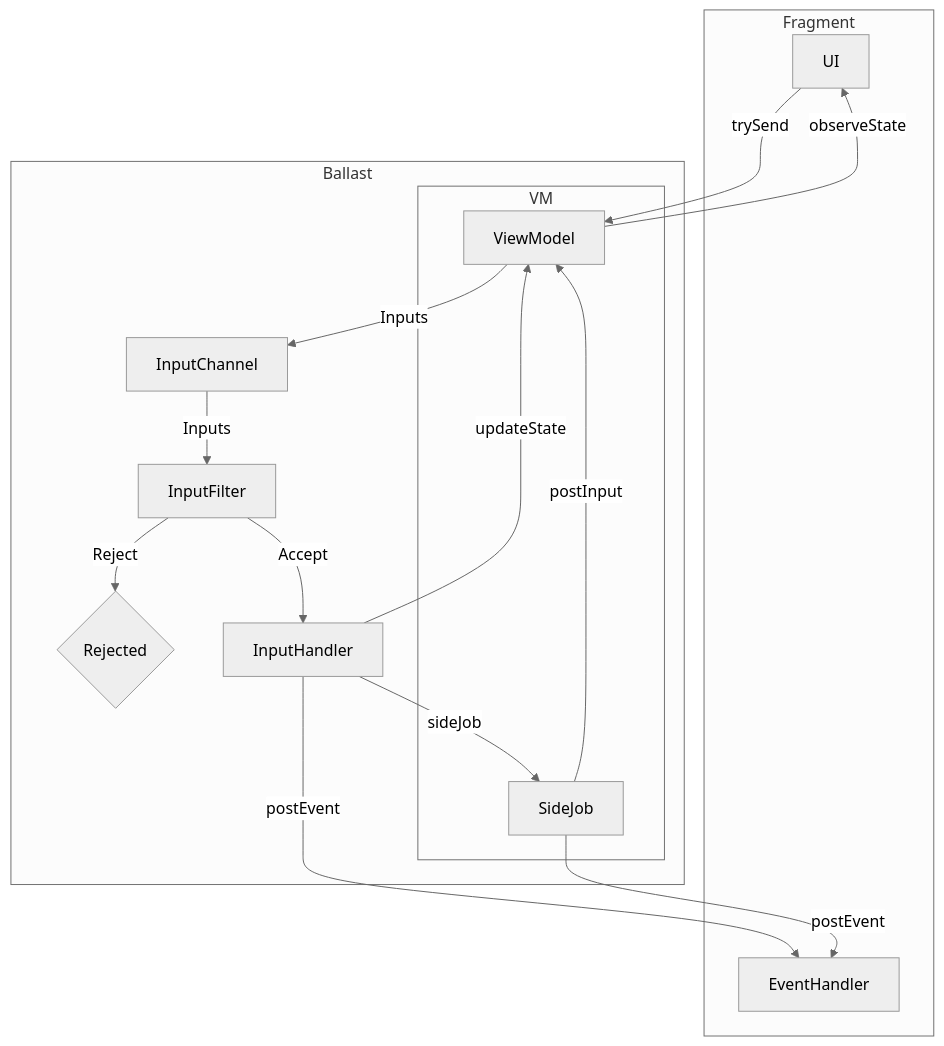
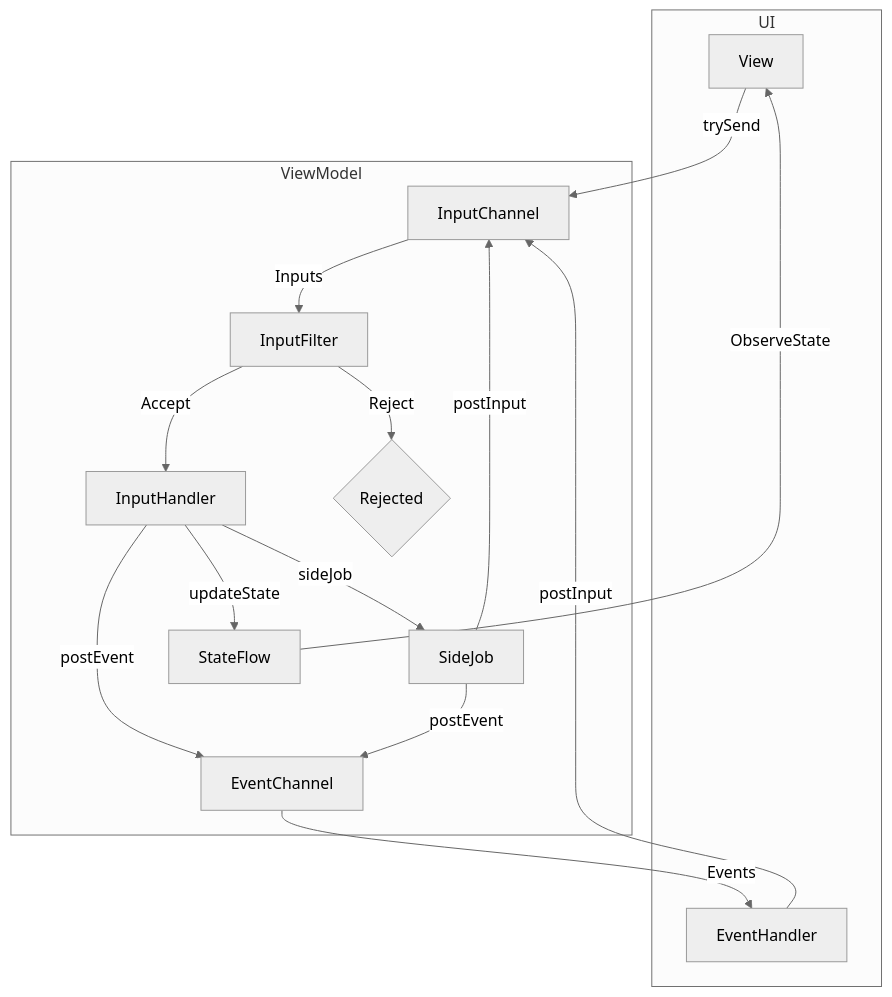
Before and after one commit to copper-leaf/ballast: the second of 2 diagrams in docs/src/orchid/resources/wiki/mental-model.md, drawn with Mermaid (neutral theme). The commit also changed other lines of this file and 13 other files, not shown here.

Commit message:
[minor] Attempt to make Ballast work on iOS. Updates Coroutines to 1.6.0 for native memory model

````diff
--- a/docs/src/orchid/resources/wiki/mental-model.md
+++ b/docs/src/orchid/resources/wiki/mental-model.md
@@ -43,35 +43,30 @@
 ```mermaid
 flowchart TD
-    subgraph Fragment
-        UI
+    subgraph UI
+        View
         EventHandler
     end
-    subgraph Ballast
-        ViewModel
+    subgraph ViewModel
         InputChannel
+        EventChannel
         InputFilter
         InputHandler
         SideJob
-
-        ViewModel--Inputs-->InputChannel
 
         InputChannel--Inputs-->InputFilter
         InputFilter--Reject-->id1{Rejected}
         InputFilter--Accept-->InputHandler
 
-        InputHandler--postEvent-->EventHandler
-        InputHandler--updateState-->ViewModel
+        InputHandler--postEvent-->EventChannel
+        InputHandler--updateState-->StateFlow
         InputHandler--sideJob-->SideJob
+        EventChannel--Events-->EventHandler
+        EventHandler--postInput-->InputChannel
 
-        subgraph VM
-            SideJob
-
-            SideJob--postInput-->ViewModel
-            SideJob--postEvent-->EventHandler
-        end
+        SideJob--postInput-->InputChannel
+        SideJob--postEvent-->EventChannel
     end
 
-    UI--trySend-->ViewModel
-    ViewModel-- observeState -->UI
-
+    View--trySend-->InputChannel
+    StateFlow--ObserveState-->View
 ```
````
